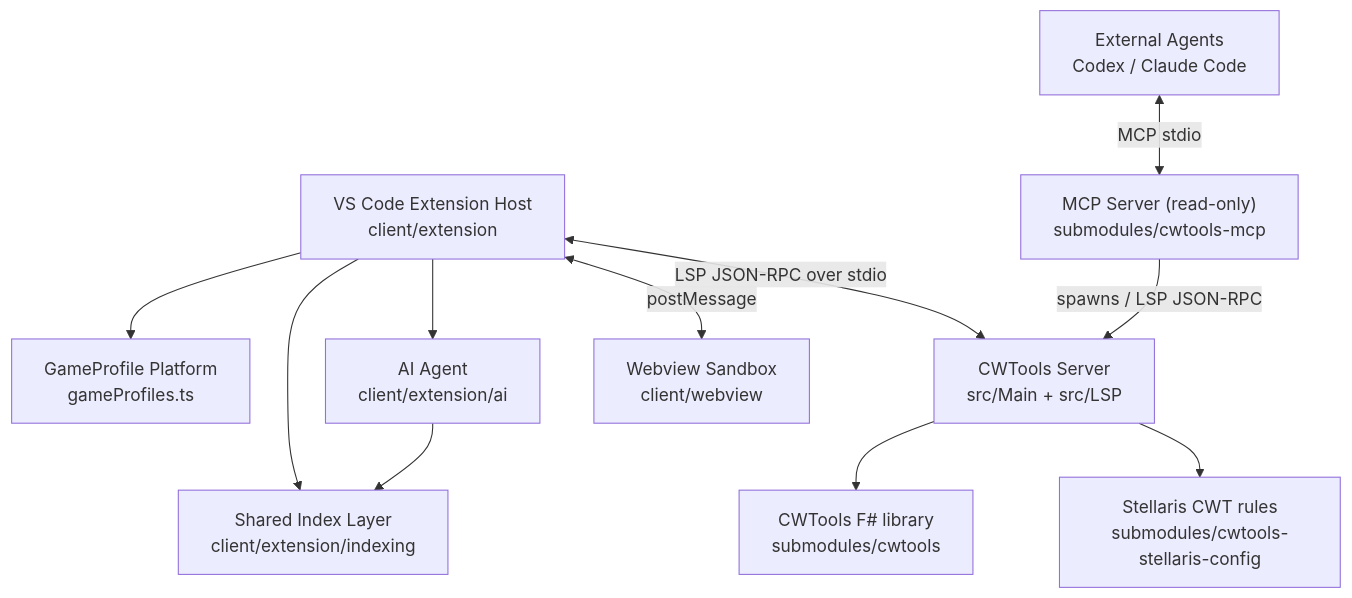
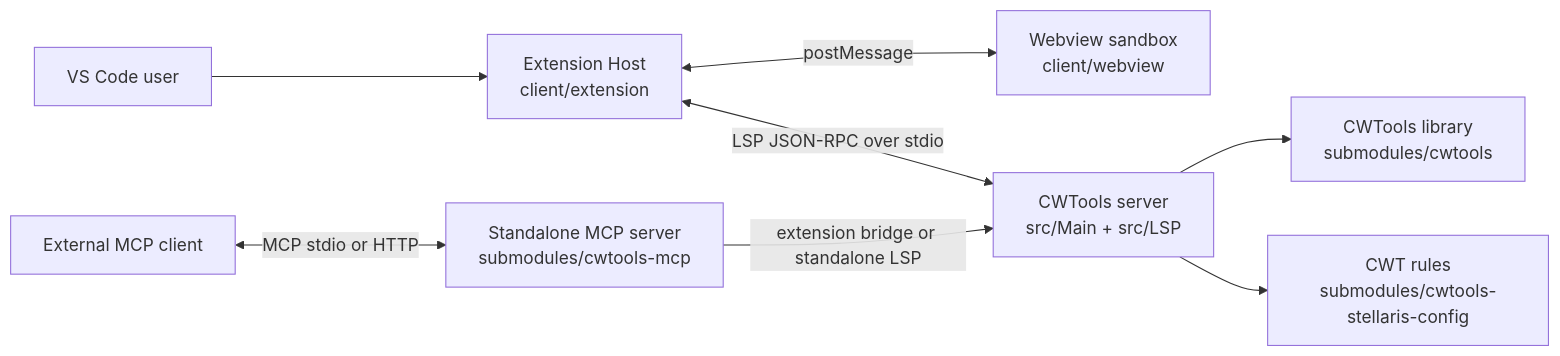
Before and after one commit to Aa728848/cwtools-vscode: the first of 12 diagrams in ARCHITECTURE.md, drawn with Mermaid. The commit also changed other lines of this file and 10 other files, not shown here.

````diff
--- a/ARCHITECTURE.md
+++ b/ARCHITECTURE.md
@@ -28,24 +17,19 @@
 ```mermaid
-flowchart TD
-    VS["VS Code Extension Host\nclient/extension"]
-    GP["GameProfile Platform\ngameProfiles.ts"]
-    IDX["Shared Index Layer\nclient/extension/indexing"]
-    AI["AI Agent\nclient/extension/ai"]
-    WV["Webview Sandbox\nclient/webview"]
-    LSP["CWTools Server\nsrc/Main + src/LSP"]
-    CW["CWTools F# library\nsubmodules/cwtools"]
-    RULES["Stellaris CWT rules\nsubmodules/cwtools-stellaris-config"]
-    MCP["MCP Server (read-only)\nsubmodules/cwtools-mcp"]
-    EXT["External Agents\nCodex / Claude Code"]
+flowchart LR
+    USER["VS Code user"]
+    HOST["Extension Host\nclient/extension"]
+    WEB["Webview sandbox\nclient/webview"]
+    LSP["CWTools server\nsrc/Main + src/LSP"]
+    CW["CWTools library\nsubmodules/cwtools"]
+    RULES["CWT rules\nsubmodules/cwtools-stellaris-config"]
+    MCP["Standalone MCP server\nsubmodules/cwtools-mcp"]
+    EXT["External MCP client"]
 
-    VS --> GP
-    VS --> IDX
-    VS --> AI
-    VS <-->|postMessage| WV
-    VS <-->|LSP JSON-RPC over stdio| LSP
-    AI --> IDX
+    USER --> HOST
+    HOST <-->|"postMessage"| WEB
+    HOST <-->|"LSP JSON-RPC over stdio"| LSP
     LSP --> CW
     LSP --> RULES
-    EXT <-->|MCP stdio| MCP
-    MCP -->|spawns / LSP JSON-RPC| LSP
+    EXT <-->|"MCP stdio or HTTP"| MCP
+    MCP -->|"extension bridge or standalone LSP"| LSP
 ```
````
